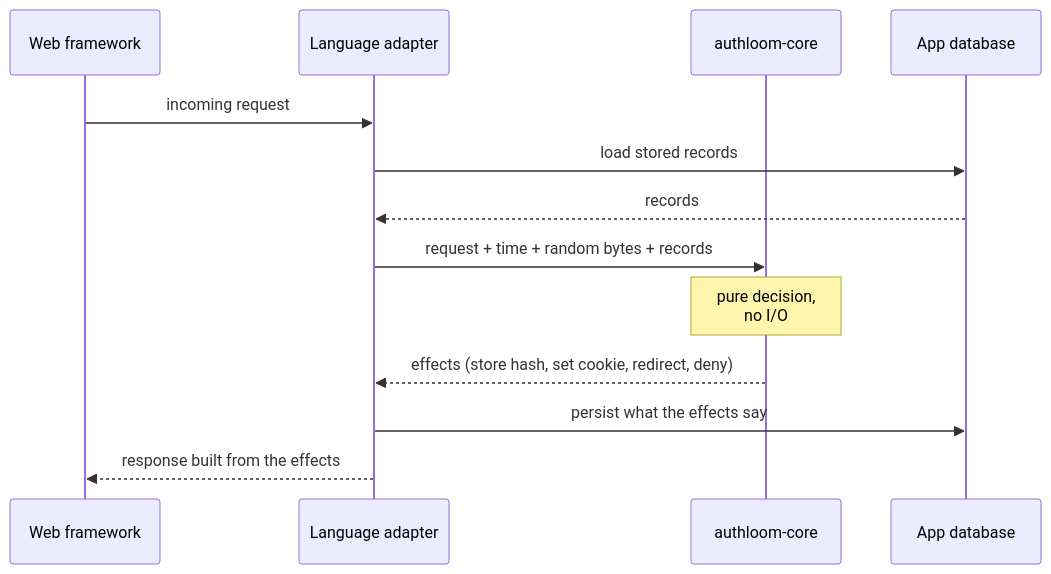
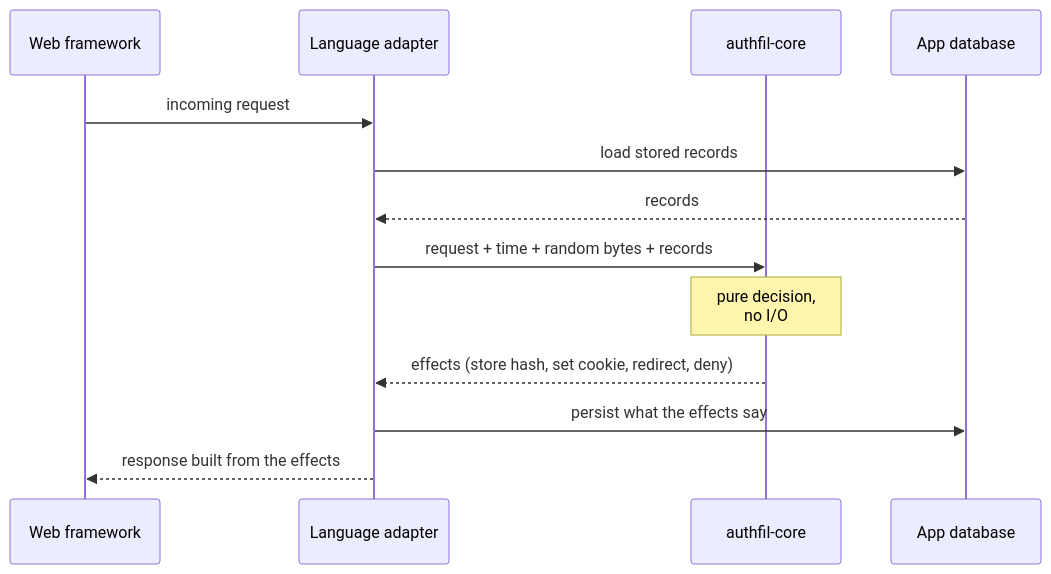
The second of 4 diagrams in README.md (authfil/auth-fil), drawn with Mermaid before and after one commit. The commit also changed other lines of this file and 60 other files, not shown here.

````diff
--- a/README.md
+++ b/README.md
@@ -58,16 +58,16 @@
 ```mermaid
 sequenceDiagram
     participant App as Web framework
     participant Adapter as Language adapter
-    participant Core as authloom-core
+    participant Core as authfil-core
     participant Store as App database
 
     App->>Adapter: incoming request
     Adapter->>Store: load stored records
     Store-->>Adapter: records
     Adapter->>Core: request + time + random bytes + records
     Note over Core: pure decision,<br/>no I/O
     Core-->>Adapter: effects (store hash, set cookie, redirect, deny)
     Adapter->>Store: persist what the effects say
     Adapter-->>App: response built from the effects
 ```
````
